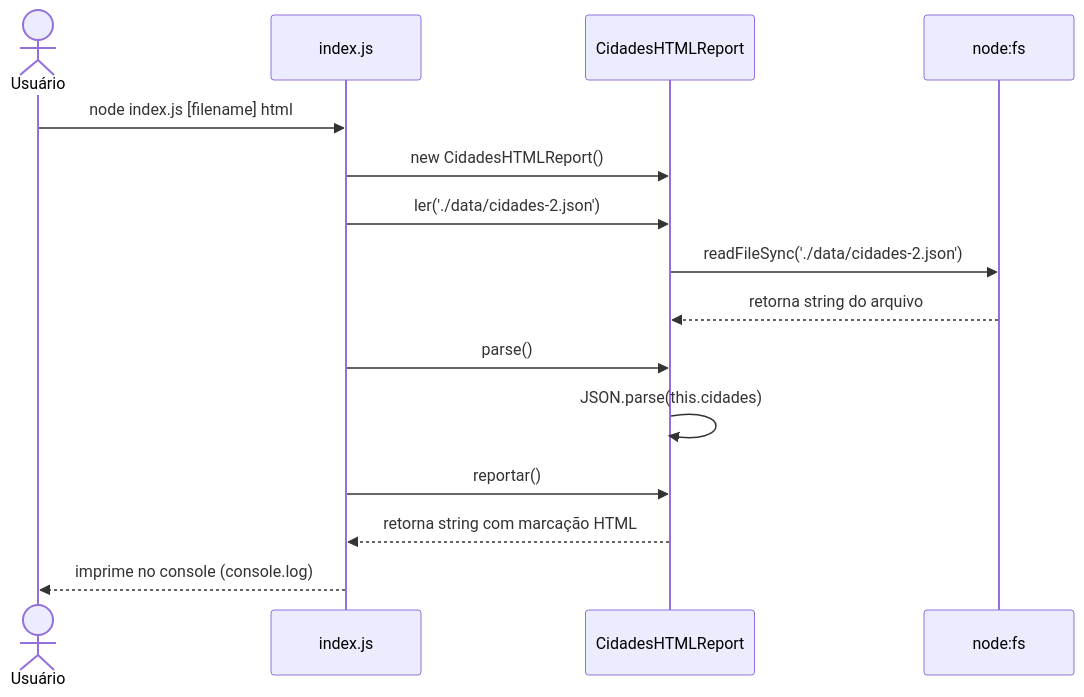
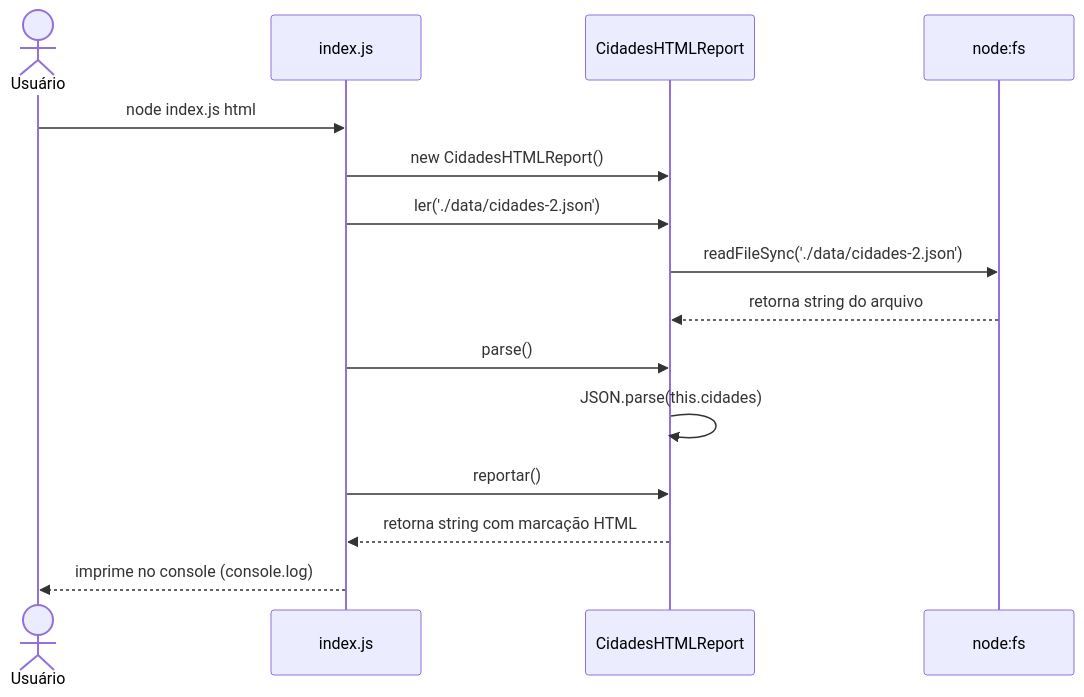
Before and after one commit to lhwiedmer/tp2_eng_soft: the diagram in specs/diagramas/diagrama_seq_orig_html.mmd, drawn with Mermaid. The commit also changed 11 other files, not shown here.

Commit message:
[FIX] diagramas e interface do programa

```diff
--- a/specs/diagramas/diagrama_seq_orig_html.mmd
+++ b/specs/diagramas/diagrama_seq_orig_html.mmd
@@ -1,21 +1,21 @@
 sequenceDiagram
     actor Usuario as Usuário
     participant CLI as index.js
     participant Reporter as CidadesHTMLReport
     participant FS as node:fs
 
-    Usuario->>CLI: node index.js [filename] html
+    Usuario->>CLI: node index.js html
     
     CLI->>Reporter: new CidadesHTMLReport()
     
     CLI->>Reporter: ler('./data/cidades-2.json')
     Reporter->>FS: readFileSync('./data/cidades-2.json')
     FS-->>Reporter: retorna string do arquivo
     
     CLI->>Reporter: parse()
     Reporter->>Reporter: JSON.parse(this.cidades)
     
     CLI->>Reporter: reportar()
     Reporter-->>CLI: retorna string com marcação HTML
     
     CLI-->>Usuario: imprime no console (console.log)
```
